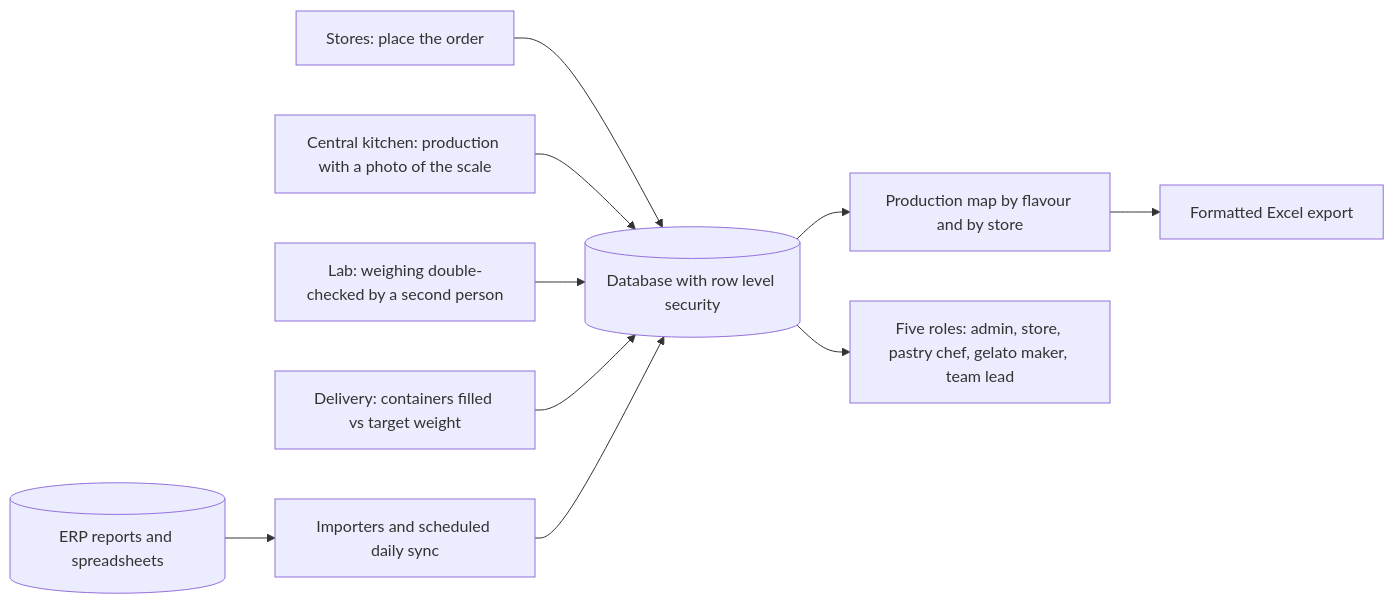
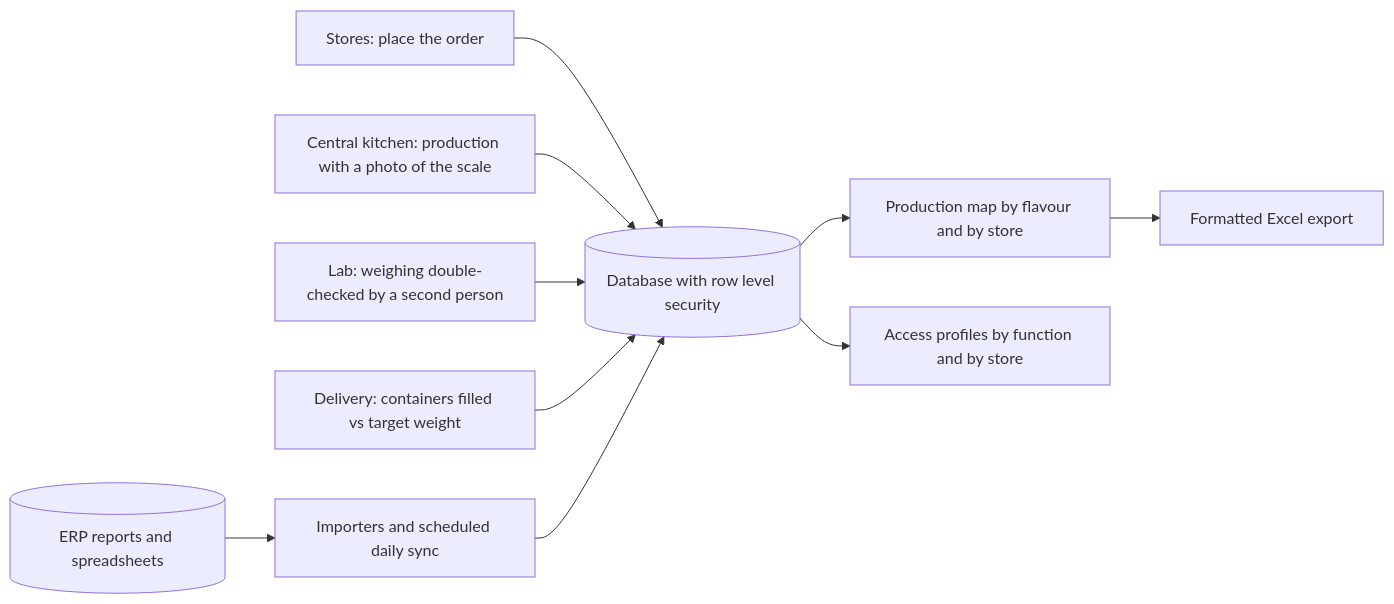
Before and after one commit to Rapunzelmina/Production-Stock-Control-System: the diagram in README.md, drawn with Mermaid. The commit also changed other lines of this file, not shown here.

````diff
--- a/README.md
+++ b/README.md
@@ -9,12 +9,12 @@
 ```mermaid
 flowchart LR
   ST["Stores: place the order"] --> DB[("Database with row level security")]
   KT["Central kitchen: production with a photo of the scale"] --> DB
   LB["Lab: weighing double-checked by a second person"] --> DB
   DV["Delivery: containers filled vs target weight"] --> DB
   ERP[("ERP reports and spreadsheets")] --> IM["Importers and scheduled daily sync"]
   IM --> DB
   DB --> MP["Production map by flavour and by store"]
   MP --> XL["Formatted Excel export"]
-  DB --> RL["Five roles: admin, store, pastry chef, gelato maker, team lead"]
+  DB --> RL["Access profiles by function and by store"]
 ```
````
